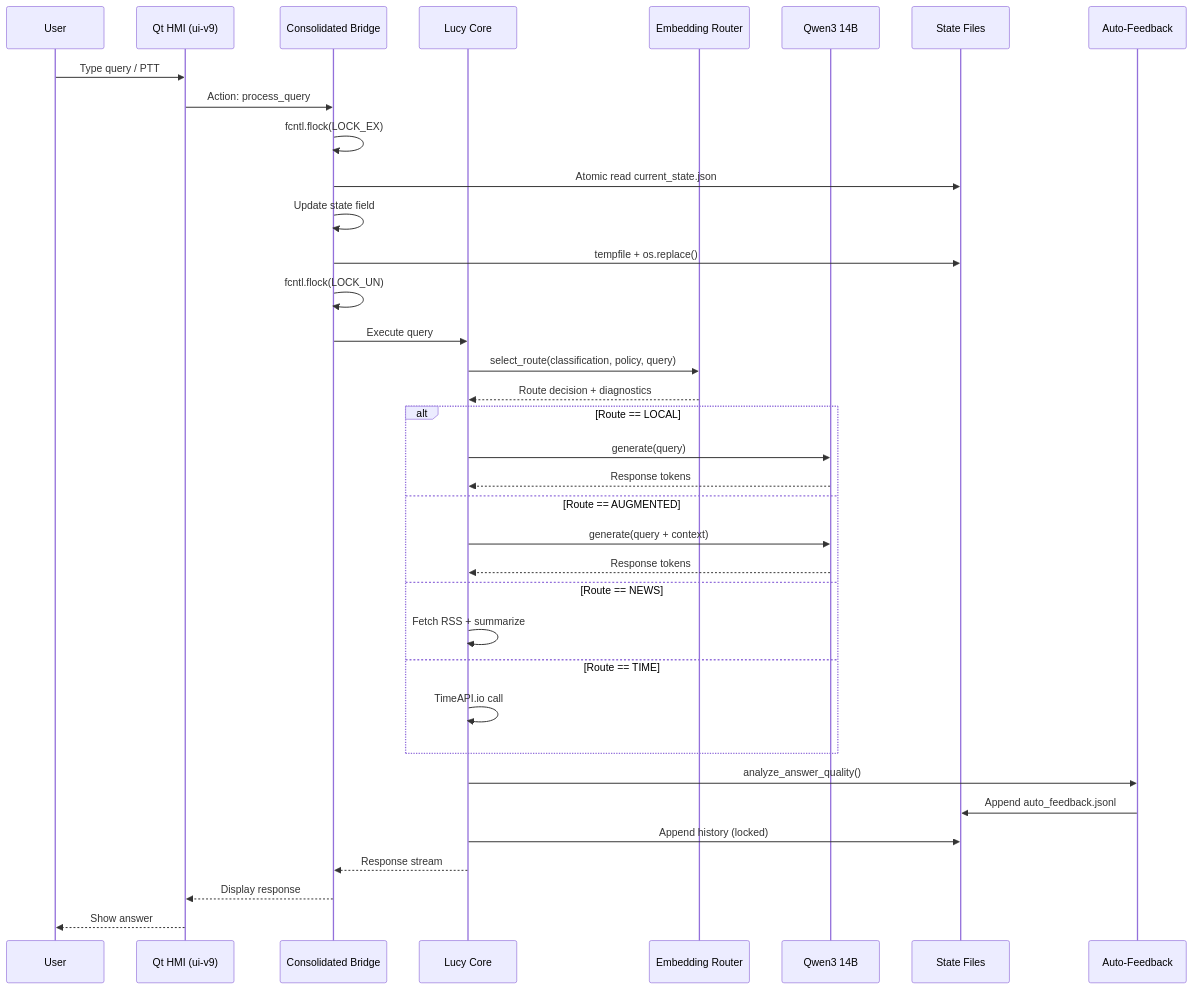
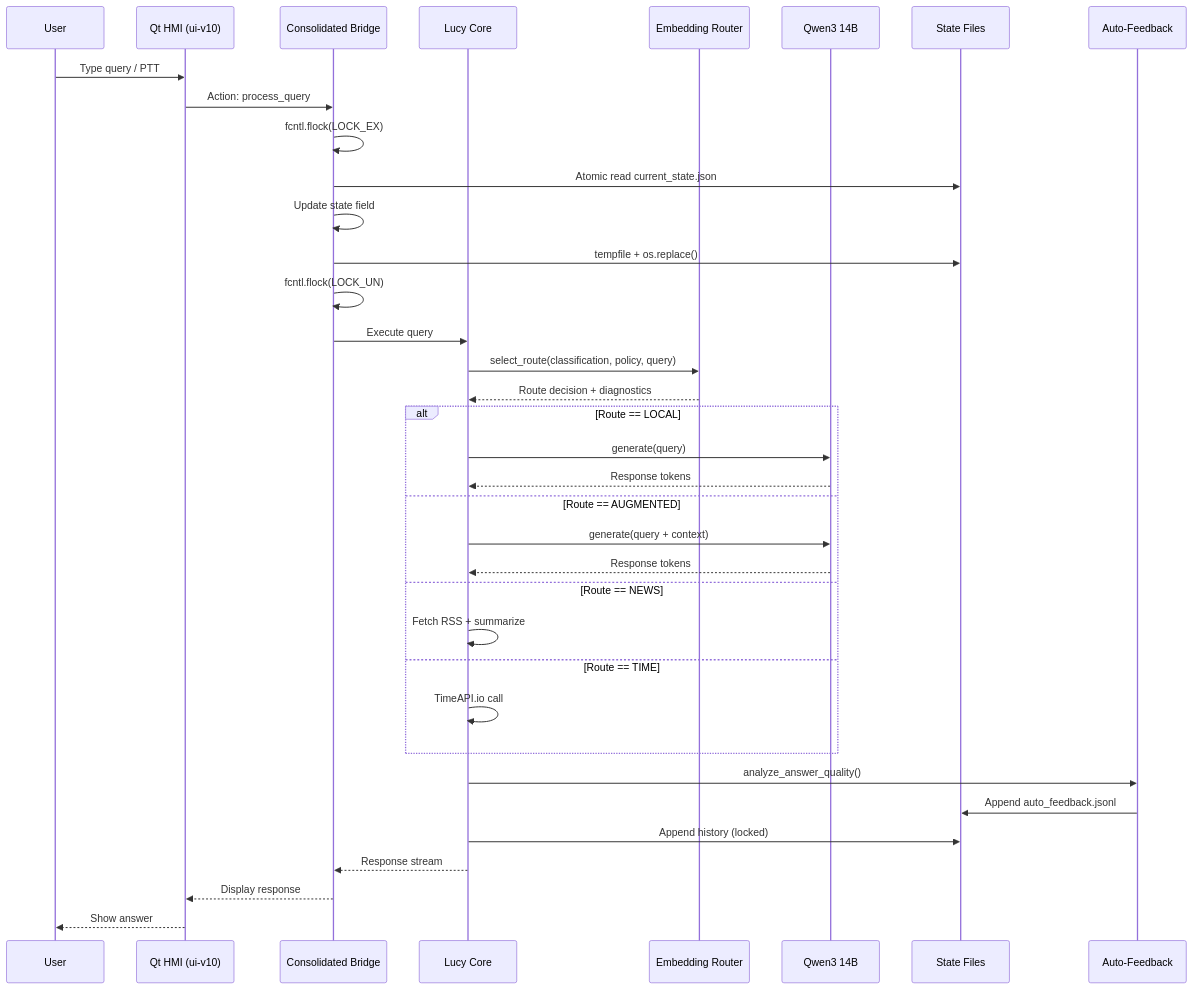
One commit to mikemichaelperry-cloud/Local-Lucy changed the third of 3 diagrams in ARCHITECTURE.md. Above: the diagram before and after it, drawn with Mermaid. The commit also changed other lines of this file and 126 other files, not shown here.

````diff
--- a/ARCHITECTURE.md
+++ b/ARCHITECTURE.md
@@ -371,39 +371,39 @@
 ```mermaid
 sequenceDiagram
     participant User
-    participant HMI as Qt HMI (ui-v9)
+    participant HMI as Qt HMI (ui-v10)
     participant Bridge as Consolidated Bridge
     participant Core as Lucy Core
     participant Router as Embedding Router
     participant LLM as Qwen3 14B
     participant State as State Files
     participant AutoFB as Auto-Feedback
 
     User->>HMI: Type query / PTT
     HMI->>Bridge: Action: process_query
     Bridge->>Bridge: fcntl.flock(LOCK_EX)
     Bridge->>State: Atomic read current_state.json
     Bridge->>Bridge: Update state field
     Bridge->>State: tempfile + os.replace()
     Bridge->>Bridge: fcntl.flock(LOCK_UN)
     Bridge->>Core: Execute query
     Core->>Router: select_route(classification, policy, query)
     Router-->>Core: Route decision + diagnostics
     alt Route == LOCAL
         Core->>LLM: generate(query)
         LLM-->>Core: Response tokens
     else Route == AUGMENTED
         Core->>LLM: generate(query + context)
         LLM-->>Core: Response tokens
     else Route == NEWS
         Core->>Core: Fetch RSS + summarize
     else Route == TIME
         Core->>Core: TimeAPI.io call
     end
     Core->>AutoFB: analyze_answer_quality()
     AutoFB->>State: Append auto_feedback.jsonl
     Core->>State: Append history (locked)
     Core-->>Bridge: Response stream
     Bridge-->>HMI: Display response
     HMI-->>User: Show answer
 ```
````
